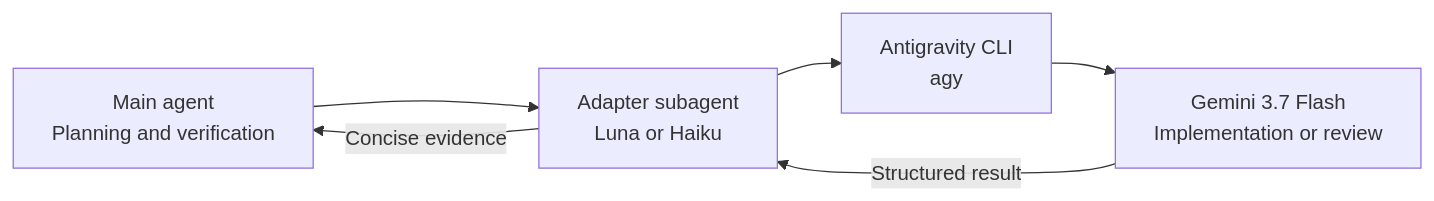
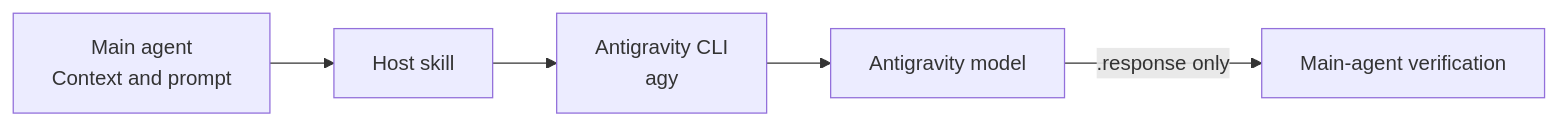
One commit to gururaser/agy-delegation changed the diagram in README.md. Above: the diagram before and after it, drawn with Mermaid. The commit also changed other lines of this file and 5 other files, not shown here.

````diff
--- a/README.md
+++ b/README.md
@@ -7,8 +10,7 @@
 ```mermaid
 flowchart LR
-    A["Main agent<br/>Planning and verification"] --> B["Adapter subagent<br/>Luna or Haiku"]
+    A["Main agent<br/>Context and prompt"] --> B["Host skill"]
     B --> C["Antigravity CLI<br/>agy"]
-    C --> D["Gemini 3.7 Flash<br/>Implementation or review"]
-    D -->|Structured result| B
-    B -->|Concise evidence| A
+    C --> D["Antigravity model"]
+    D -->|".response only"| E["Main-agent verification"]
 ```
````
